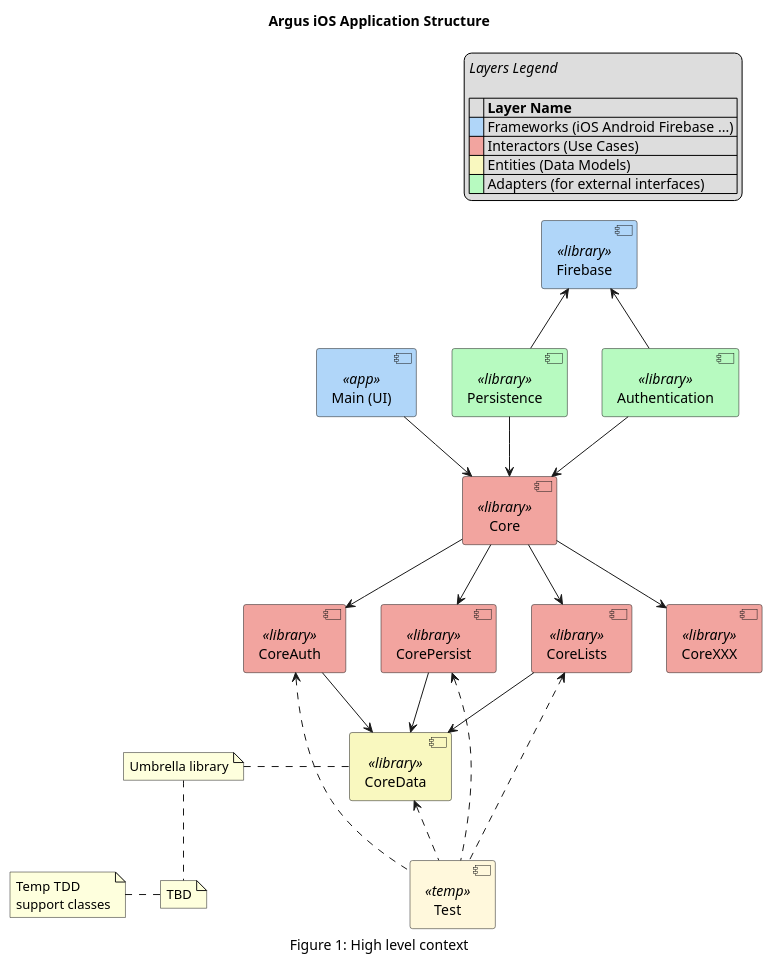
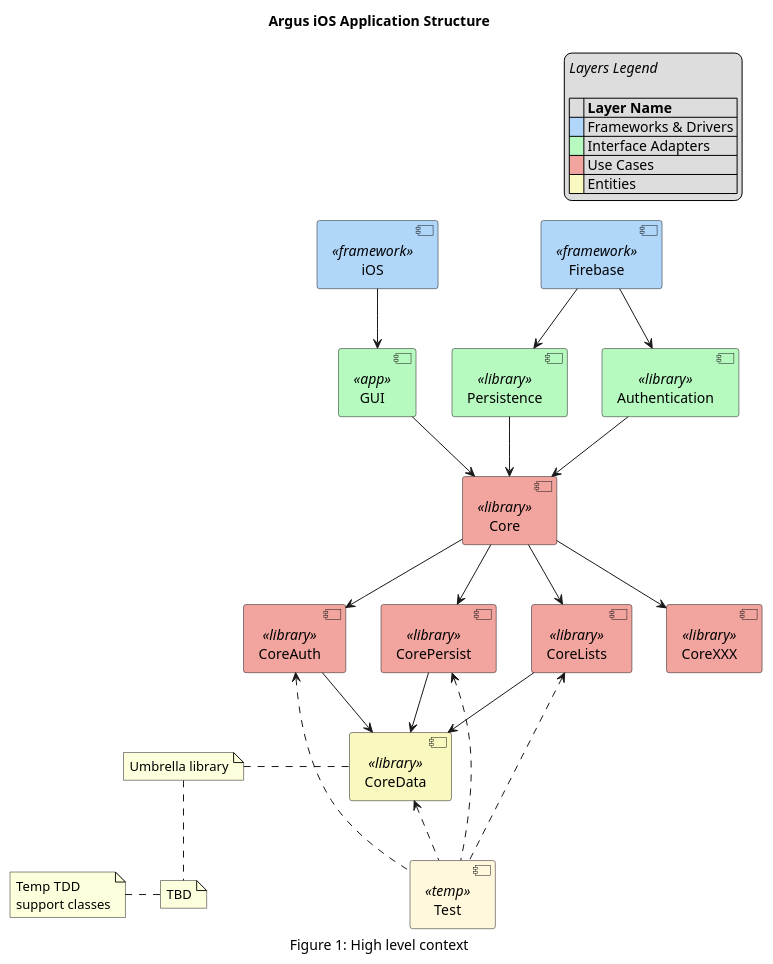
The diagram in notes.org (pajato/ArgusCoreSiX), drawn with PlantUML before and after one commit. The commit also changed 2 other files, not shown here.

Commit message:
Enhance the initial documentation.
Rationale:
=========

This commit provides documentation that more closely fits with the
Uncle Bob Clean Architecture main document and shows the role of iOS
and Firebase more accurately.

```diff
--- a/notes.org
+++ b/notes.org
@@ -2,46 +2,48 @@
 #+begin_src plantuml :file context.png
 caption Figure 1: High level context
 title Argus iOS Application Structure
 
 legend top right
 <i>Layers Legend</i>
 
 | |= Layer Name |
-|<back:#B0D6F9>    </back>| Frameworks (iOS Android Firebase ...) |
-|<back:#F2A49F>    </back>| Interactors (Use Cases) |
-|<back:#F9F8BF>    </back>| Entities (Data Models) |
-|<back:#B7FAC0>    </back>| Adapters (for external interfaces) |
+|<back:#B0D6F9>    </back>| Frameworks & Drivers |
+|<back:#B7FAC0>    </back>| Interface Adapters |
+|<back:#F2A49F>    </back>| Use Cases |
+|<back:#F9F8BF>    </back>| Entities |
 endlegend
 
-[Main (UI)] <<app>> #B0D6F9
-[Firebase] <<library>> #B0D6F9
+[iOS] <<framework>> #B0D6F9
+[GUI] <<app>> #B7FAC0
+[Firebase] <<framework>> #B0D6F9
 [Core] <<library>> #F2A49F
 [Authentication] <<library>> #B7FAC0
 [Persistence] <<library>> #B7FAC0
 [Test] <<temp>> #Cornsilk
 [CoreAuth] <<library>> #F2A49F
 [CorePersist] <<library>> #F2A49F
 [CoreLists] <<library>> #F2A49F
 [CoreXXX] <<library>> #F2A49F
 [CoreData] <<library>> #F9F8BF
 
-[Firebase] <-- [Authentication]
-[Firebase] <-- [Persistence]
-[Main (UI)] --> [Core]
+[iOS] --> [GUI]
+[Firebase] --> [Authentication]
+[Firebase] --> [Persistence]
+[GUI] --> [Core]
 note left : Umbrella library
 [Authentication] --> [Core]
 [Persistence] --> [Core]
 [Core] --> [CoreAuth]
 [Core] --> [CoreLists]
 [Core] --> [CorePersist]
 [Core] --> [CoreXXX]
 note bottom : TBD
 [CoreAuth] <.. [Test]
 [CorePersist] <.. [Test]
 [CoreLists] <.. [Test]
 [CoreData] <.. [Test]
 note left : Temp TDD\nsupport classes
 [CoreAuth] --> [CoreData]
 [CorePersist] --> [CoreData]
 [CoreLists] --> [CoreData]
 #+end_src
```
